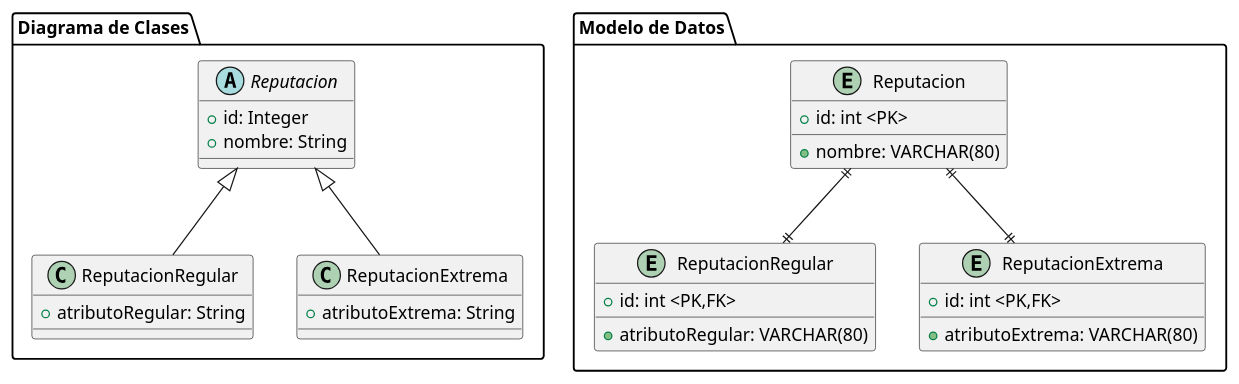
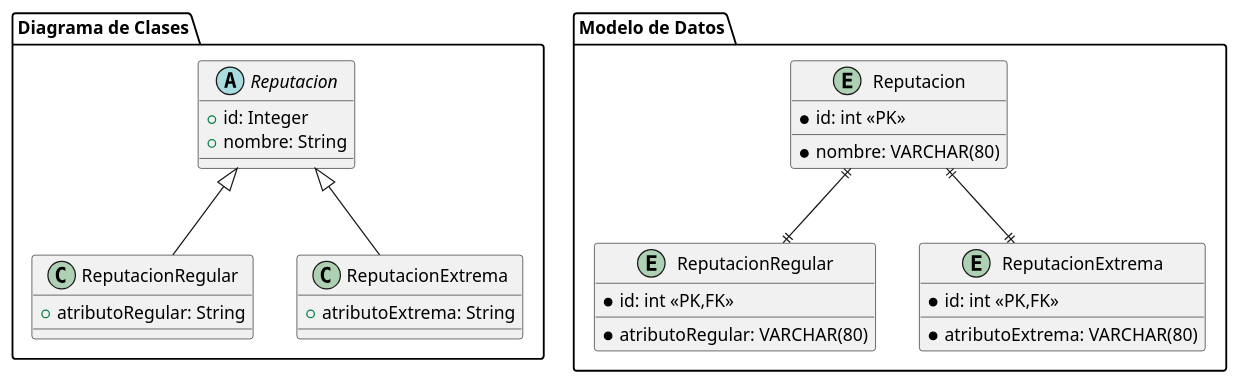
Before and after one commit to nachovilla123/apunte-persistencia: the diagram in mapeoDeHerenciaJoined.puml, drawn with PlantUML. The commit also changed 14 other files, not shown here.

```diff
--- a/mapeoDeHerenciaJoined.puml
+++ b/mapeoDeHerenciaJoined.puml
@@ -1,39 +1,39 @@
 @startuml
 
 package "Diagrama de Clases" {
 
     abstract class Reputacion  {
         +id: Integer
         +nombre: String
     }
 
     class ReputacionRegular extends Reputacion {
         +atributoRegular: String
     }
       class ReputacionExtrema extends Reputacion {
             +atributoExtrema: String
         }
 
 }
 
 package "Modelo de Datos" {
     entity "Reputacion" as ReputacionTable {
-        + id: int <PK>
-        + nombre: VARCHAR(80)
+        * id: int <<PK>>
+        * nombre: VARCHAR(80)
     }
 
     entity "ReputacionRegular" as ReputacionRegular {
-        + id: int <PK,FK>
-        + atributoRegular: VARCHAR(80)
+        * id: int <<PK,FK>>
+        * atributoRegular: VARCHAR(80)
     }
 
     entity "ReputacionExtrema" as ReputacionExtrema {
-            + id: int <PK,FK>
-            + atributoExtrema: VARCHAR(80)
+            * id: int <<PK,FK>>
+            * atributoExtrema: VARCHAR(80)
         }
 
     ReputacionTable ||--|| ReputacionRegular
     ReputacionTable ||--|| ReputacionExtrema
 }
 
 @enduml
```
